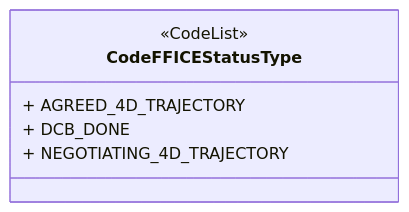
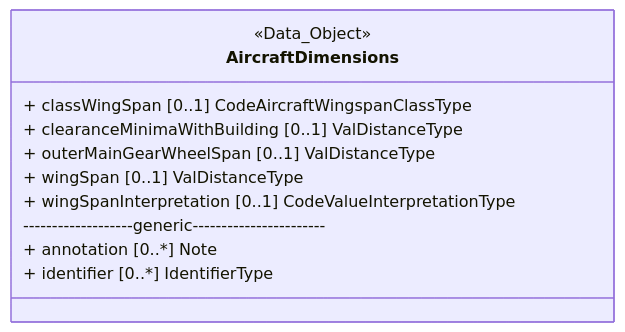
Before and after one commit to hlepori/testAIRM: the ninth of 46 diagrams in README.md, drawn with Mermaid. The commit also changed other lines of this file, not shown here.

````diff
--- a/README.md
+++ b/README.md
@@ -379,9 +303,14 @@
 ```mermaid	
 classDiagram	
-class CodeFFICEStatusType	
-<<CodeList>> CodeFFICEStatusType	
-link CodeFFICEStatusType "https://airm.aero/developers/advanced-search/1.0.0/CodeFFICEStatusType?model=LogicalModel" "Go to definition"	
-CodeFFICEStatusType : + AGREED_4D_TRAJECTORY	
-CodeFFICEStatusType : + DCB_DONE	
-CodeFFICEStatusType : + NEGOTIATING_4D_TRAJECTORY	
+class AircraftDimensions	
+<<Data_Object>> AircraftDimensions	
+link AircraftDimensions "https://airm.aero/developers/advanced-search/1.0.0/AircraftDimensions?model=LogicalModel" "Go to definition"	
+AircraftDimensions : + classWingSpan [0..1] CodeAircraftWingspanClassType	
+AircraftDimensions : + clearanceMinimaWithBuilding [0..1] ValDistanceType	
+AircraftDimensions : + outerMainGearWheelSpan [0..1] ValDistanceType	
+AircraftDimensions : + wingSpan [0..1] ValDistanceType	
+AircraftDimensions : + wingSpanInterpretation [0..1] CodeValueInterpretationType	
+AircraftDimensions: -------------------generic-----------------------	
+AircraftDimensions : + annotation [0..*] Note	
+AircraftDimensions : + identifier [0..*] IdentifierType	
 ```	
````
